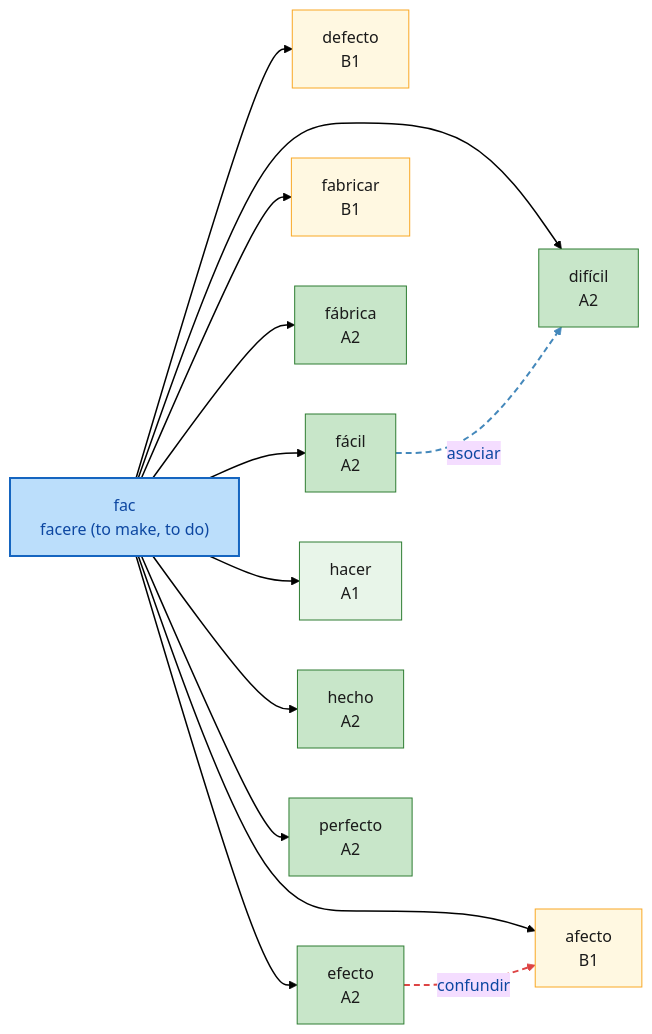
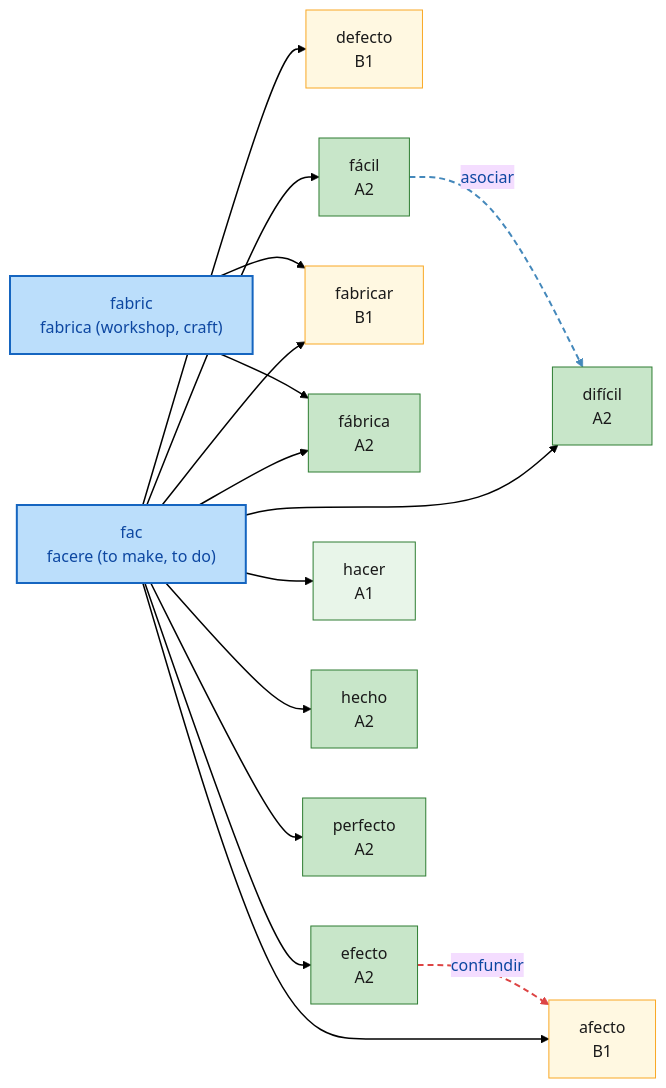
The diagram in mindmaps/raiz_v0_fac.md (auding1900/es-raiz-vocab), drawn with Mermaid (base theme) before and after one commit. The commit also changed other lines of this file and 30 other files, not shown here.

First line of the commit message:
feat(data): 新增 C4 词根导图：struct,fabric,constru,mol,aed,tect,mur,pont

````diff
--- a/mindmaps/raiz_v0_fac.md
+++ b/mindmaps/raiz_v0_fac.md
@@ -13,56 +13,61 @@
 ```mermaid
 graph LR
+  R_fabric["fabric<br/>fabrica (workshop, craft)"]:::root
   R_fac["fac<br/>facere (to make, to do)"]:::root
   W_afecto["afecto<br/>B1"]:::lvlB1
   W_defecto["defecto<br/>B1"]:::lvlB1
   W_dificil["difícil<br/>A2"]:::lvlA2
   W_efecto["efecto<br/>A2"]:::lvlA2
   W_fabricar["fabricar<br/>B1"]:::lvlB1
   W_fabrica["fábrica<br/>A2"]:::lvlA2
   W_facil["fácil<br/>A2"]:::lvlA2
   W_hacer["hacer<br/>A1"]:::lvlA1
   W_hecho["hecho<br/>A2"]:::lvlA2
   W_perfecto["perfecto<br/>A2"]:::lvlA2
   R_fac --> W_hacer
   R_fac --> W_hecho
   R_fac --> W_facil
   R_fac --> W_dificil
   R_fac --> W_fabrica
   R_fac --> W_perfecto
   R_fac --> W_efecto
   R_fac --> W_fabricar
   R_fac --> W_defecto
   R_fac --> W_afecto
+  R_fabric --> W_fabrica
+  R_fabric --> W_fabricar
   W_facil -.->|asociar| W_dificil
   W_efecto -.->|confundir| W_afecto
   linkStyle 0 stroke:#000000,stroke-width:1.5px
   linkStyle 1 stroke:#000000,stroke-width:1.5px
   linkStyle 2 stroke:#000000,stroke-width:1.5px
   linkStyle 3 stroke:#000000,stroke-width:1.5px
   linkStyle 4 stroke:#000000,stroke-width:1.5px
   linkStyle 5 stroke:#000000,stroke-width:1.5px
   linkStyle 6 stroke:#000000,stroke-width:1.5px
   linkStyle 7 stroke:#000000,stroke-width:1.5px
   linkStyle 8 stroke:#000000,stroke-width:1.5px
   linkStyle 9 stroke:#000000,stroke-width:1.5px
-  linkStyle 10 stroke:#4488bb,stroke-width:2px,stroke-dasharray:6 4
-  linkStyle 11 stroke:#dd4444,stroke-width:2px,stroke-dasharray:6 4
+  linkStyle 10 stroke:#000000,stroke-width:1.5px
+  linkStyle 11 stroke:#000000,stroke-width:1.5px
+  linkStyle 12 stroke:#4488bb,stroke-width:2px,stroke-dasharray:6 4
+  linkStyle 13 stroke:#dd4444,stroke-width:2px,stroke-dasharray:6 4
   classDef root fill:#bbdefb,stroke:#1565c0,stroke-width:2px,color:#0d47a1
   classDef lvlA1 fill:#e8f5e9,stroke:#2e7d32,color:#1a1a1a
   classDef lvlA2 fill:#c8e6c9,stroke:#2e7d32,color:#1a1a1a
   classDef lvlB1 fill:#fff8e1,stroke:#f9a825,color:#1a1a1a
   classDef lvlB2 fill:#ffe0b2,stroke:#ef6c00,color:#1a1a1a
   classDef lvlC1 fill:#ffccbc,stroke:#d84315,color:#1a1a1a
   classDef lvlC2 fill:#ffcdd2,stroke:#b71c1c,color:#1a1a1a
   classDef lvlNA fill:#f5f5f5,stroke:#9e9e9e,color:#424242
   click W_afecto "https://www.doubao.com/chat?q=%E8%A5%BF%E7%8F%AD%E7%89%99%E8%AF%ADafecto%EF%BC%8C%E8%AF%8D%E6%A0%B9fac%EF%BC%8C%E8%A7%A3%E9%87%8A%E8%AF%8D%E4%B9%89%E3%80%81DELE%E7%AD%89%E7%BA%A7%E3%80%81%E8%AF%AD%E4%BD%93%E3%80%81%E5%B8%B8%E7%94%A8%E6%90%AD%E9%85%8D%E3%80%81%E8%BF%91%E4%B9%89%E8%AF%8D%E8%BE%A8%E6%9E%90%EF%BC%8C%E5%B9%B6%E4%B8%94%E7%BB%992%E6%9D%A1%E6%9D%A5%E8%87%AA%E5%85%AC%E7%89%88%E8%A5%BF%E8%AF%AD%E6%96%87%E6%9C%AC%EF%BC%88Wikisource%2F%E5%8F%A4%E7%99%BB%E5%A0%A1%EF%BC%89%E7%9A%84%E8%87%AA%E7%84%B6%E4%BE%8B%E5%8F%A5%EF%BC%8C%E4%BE%8B%E5%8F%A5%E4%BC%98%E5%85%88%E9%80%89%E7%94%A8%E7%8E%B0%E4%BB%A3%E6%A0%87%E5%87%86%E8%A5%BF%E7%8F%AD%E7%89%99%E8%AF%AD%EF%BC%8C%E5%8F%A4%E4%BD%93%E4%BE%8B%E5%8F%A5%E6%A0%87%E6%B3%A8%E3%80%90arca%C3%ADsmo%E3%80%91" "豆包查询：afecto" _blank
   click W_defecto "https://www.doubao.com/chat?q=%E8%A5%BF%E7%8F%AD%E7%89%99%E8%AF%ADdefecto%EF%BC%8C%E8%AF%8D%E6%A0%B9fac%EF%BC%8C%E8%A7%A3%E9%87%8A%E8%AF%8D%E4%B9%89%E3%80%81DELE%E7%AD%89%E7%BA%A7%E3%80%81%E8%AF%AD%E4%BD%93%E3%80%81%E5%B8%B8%E7%94%A8%E6%90%AD%E9%85%8D%E3%80%81%E8%BF%91%E4%B9%89%E8%AF%8D%E8%BE%A8%E6%9E%90%EF%BC%8C%E5%B9%B6%E4%B8%94%E7%BB%992%E6%9D%A1%E6%9D%A5%E8%87%AA%E5%85%AC%E7%89%88%E8%A5%BF%E8%AF%AD%E6%96%87%E6%9C%AC%EF%BC%88Wikisource%2F%E5%8F%A4%E7%99%BB%E5%A0%A1%EF%BC%89%E7%9A%84%E8%87%AA%E7%84%B6%E4%BE%8B%E5%8F%A5%EF%BC%8C%E4%BE%8B%E5%8F%A5%E4%BC%98%E5%85%88%E9%80%89%E7%94%A8%E7%8E%B0%E4%BB%A3%E6%A0%87%E5%87%86%E8%A5%BF%E7%8F%AD%E7%89%99%E8%AF%AD%EF%BC%8C%E5%8F%A4%E4%BD%93%E4%BE%8B%E5%8F%A5%E6%A0%87%E6%B3%A8%E3%80%90arca%C3%ADsmo%E3%80%91" "豆包查询：defecto" _blank
   click W_dificil "https://www.doubao.com/chat?q=%E8%A5%BF%E7%8F%AD%E7%89%99%E8%AF%ADdif%C3%ADcil%EF%BC%8C%E8%AF%8D%E6%A0%B9fac%EF%BC%8C%E8%A7%A3%E9%87%8A%E8%AF%8D%E4%B9%89%E3%80%81DELE%E7%AD%89%E7%BA%A7%E3%80%81%E8%AF%AD%E4%BD%93%E3%80%81%E5%B8%B8%E7%94%A8%E6%90%AD%E9%85%8D%E3%80%81%E8%BF%91%E4%B9%89%E8%AF%8D%E8%BE%A8%E6%9E%90%EF%BC%8C%E5%B9%B6%E4%B8%94%E7%BB%992%E6%9D%A1%E6%9D%A5%E8%87%AA%E5%85%AC%E7%89%88%E8%A5%BF%E8%AF%AD%E6%96%87%E6%9C%AC%EF%BC%88Wikisource%2F%E5%8F%A4%E7%99%BB%E5%A0%A1%EF%BC%89%E7%9A%84%E8%87%AA%E7%84%B6%E4%BE%8B%E5%8F%A5%EF%BC%8C%E4%BE%8B%E5%8F%A5%E4%BC%98%E5%85%88%E9%80%89%E7%94%A8%E7%8E%B0%E4%BB%A3%E6%A0%87%E5%87%86%E8%A5%BF%E7%8F%AD%E7%89%99%E8%AF%AD%EF%BC%8C%E5%8F%A4%E4%BD%93%E4%BE%8B%E5%8F%A5%E6%A0%87%E6%B3%A8%E3%80%90arca%C3%ADsmo%E3%80%91" "豆包查询：difícil" _blank
   click W_efecto "https://www.doubao.com/chat?q=%E8%A5%BF%E7%8F%AD%E7%89%99%E8%AF%ADefecto%EF%BC%8C%E8%AF%8D%E6%A0%B9fac%EF%BC%8C%E8%A7%A3%E9%87%8A%E8%AF%8D%E4%B9%89%E3%80%81DELE%E7%AD%89%E7%BA%A7%E3%80%81%E8%AF%AD%E4%BD%93%E3%80%81%E5%B8%B8%E7%94%A8%E6%90%AD%E9%85%8D%E3%80%81%E8%BF%91%E4%B9%89%E8%AF%8D%E8%BE%A8%E6%9E%90%EF%BC%8C%E5%B9%B6%E4%B8%94%E7%BB%992%E6%9D%A1%E6%9D%A5%E8%87%AA%E5%85%AC%E7%89%88%E8%A5%BF%E8%AF%AD%E6%96%87%E6%9C%AC%EF%BC%88Wikisource%2F%E5%8F%A4%E7%99%BB%E5%A0%A1%EF%BC%89%E7%9A%84%E8%87%AA%E7%84%B6%E4%BE%8B%E5%8F%A5%EF%BC%8C%E4%BE%8B%E5%8F%A5%E4%BC%98%E5%85%88%E9%80%89%E7%94%A8%E7%8E%B0%E4%BB%A3%E6%A0%87%E5%87%86%E8%A5%BF%E7%8F%AD%E7%89%99%E8%AF%AD%EF%BC%8C%E5%8F%A4%E4%BD%93%E4%BE%8B%E5%8F%A5%E6%A0%87%E6%B3%A8%E3%80%90arca%C3%ADsmo%E3%80%91" "豆包查询：efecto" _blank
   click W_fabricar "https://www.doubao.com/chat?q=%E8%A5%BF%E7%8F%AD%E7%89%99%E8%AF%ADfabricar%EF%BC%8C%E8%AF%8D%E6%A0%B9fac%EF%BC%8C%E8%A7%A3%E9%87%8A%E8%AF%8D%E4%B9%89%E3%80%81DELE%E7%AD%89%E7%BA%A7%E3%80%81%E8%AF%AD%E4%BD%93%E3%80%81%E5%B8%B8%E7%94%A8%E6%90%AD%E9%85%8D%E3%80%81%E8%BF%91%E4%B9%89%E8%AF%8D%E8%BE%A8%E6%9E%90%EF%BC%8C%E5%B9%B6%E4%B8%94%E7%BB%992%E6%9D%A1%E6%9D%A5%E8%87%AA%E5%85%AC%E7%89%88%E8%A5%BF%E8%AF%AD%E6%96%87%E6%9C%AC%EF%BC%88Wikisource%2F%E5%8F%A4%E7%99%BB%E5%A0%A1%EF%BC%89%E7%9A%84%E8%87%AA%E7%84%B6%E4%BE%8B%E5%8F%A5%EF%BC%8C%E4%BE%8B%E5%8F%A5%E4%BC%98%E5%85%88%E9%80%89%E7%94%A8%E7%8E%B0%E4%BB%A3%E6%A0%87%E5%87%86%E8%A5%BF%E7%8F%AD%E7%89%99%E8%AF%AD%EF%BC%8C%E5%8F%A4%E4%BD%93%E4%BE%8B%E5%8F%A5%E6%A0%87%E6%B3%A8%E3%80%90arca%C3%ADsmo%E3%80%91" "豆包查询：fabricar" _blank
   click W_fabrica "https://www.doubao.com/chat?q=%E8%A5%BF%E7%8F%AD%E7%89%99%E8%AF%ADf%C3%A1brica%EF%BC%8C%E8%AF%8D%E6%A0%B9fac%EF%BC%8C%E8%A7%A3%E9%87%8A%E8%AF%8D%E4%B9%89%E3%80%81DELE%E7%AD%89%E7%BA%A7%E3%80%81%E8%AF%AD%E4%BD%93%E3%80%81%E5%B8%B8%E7%94%A8%E6%90%AD%E9%85%8D%E3%80%81%E8%BF%91%E4%B9%89%E8%AF%8D%E8%BE%A8%E6%9E%90%EF%BC%8C%E5%B9%B6%E4%B8%94%E7%BB%992%E6%9D%A1%E6%9D%A5%E8%87%AA%E5%85%AC%E7%89%88%E8%A5%BF%E8%AF%AD%E6%96%87%E6%9C%AC%EF%BC%88Wikisource%2F%E5%8F%A4%E7%99%BB%E5%A0%A1%EF%BC%89%E7%9A%84%E8%87%AA%E7%84%B6%E4%BE%8B%E5%8F%A5%EF%BC%8C%E4%BE%8B%E5%8F%A5%E4%BC%98%E5%85%88%E9%80%89%E7%94%A8%E7%8E%B0%E4%BB%A3%E6%A0%87%E5%87%86%E8%A5%BF%E7%8F%AD%E7%89%99%E8%AF%AD%EF%BC%8C%E5%8F%A4%E4%BD%93%E4%BE%8B%E5%8F%A5%E6%A0%87%E6%B3%A8%E3%80%90arca%C3%ADsmo%E3%80%91" "豆包查询：fábrica" _blank
   click W_facil "https://www.doubao.com/chat?q=%E8%A5%BF%E7%8F%AD%E7%89%99%E8%AF%ADf%C3%A1cil%EF%BC%8C%E8%AF%8D%E6%A0%B9fac%EF%BC%8C%E8%A7%A3%E9%87%8A%E8%AF%8D%E4%B9%89%E3%80%81DELE%E7%AD%89%E7%BA%A7%E3%80%81%E8%AF%AD%E4%BD%93%E3%80%81%E5%B8%B8%E7%94%A8%E6%90%AD%E9%85%8D%E3%80%81%E8%BF%91%E4%B9%89%E8%AF%8D%E8%BE%A8%E6%9E%90%EF%BC%8C%E5%B9%B6%E4%B8%94%E7%BB%992%E6%9D%A1%E6%9D%A5%E8%87%AA%E5%85%AC%E7%89%88%E8%A5%BF%E8%AF%AD%E6%96%87%E6%9C%AC%EF%BC%88Wikisource%2F%E5%8F%A4%E7%99%BB%E5%A0%A1%EF%BC%89%E7%9A%84%E8%87%AA%E7%84%B6%E4%BE%8B%E5%8F%A5%EF%BC%8C%E4%BE%8B%E5%8F%A5%E4%BC%98%E5%85%88%E9%80%89%E7%94%A8%E7%8E%B0%E4%BB%A3%E6%A0%87%E5%87%86%E8%A5%BF%E7%8F%AD%E7%89%99%E8%AF%AD%EF%BC%8C%E5%8F%A4%E4%BD%93%E4%BE%8B%E5%8F%A5%E6%A0%87%E6%B3%A8%E3%80%90arca%C3%ADsmo%E3%80%91" "豆包查询：fácil" _blank
   click W_hacer "https://www.doubao.com/chat?q=%E8%A5%BF%E7%8F%AD%E7%89%99%E8%AF%ADhacer%EF%BC%8C%E8%AF%8D%E6%A0%B9fac%EF%BC%8C%E8%A7%A3%E9%87%8A%E8%AF%8D%E4%B9%89%E3%80%81DELE%E7%AD%89%E7%BA%A7%E3%80%81%E8%AF%AD%E4%BD%93%E3%80%81%E5%B8%B8%E7%94%A8%E6%90%AD%E9%85%8D%E3%80%81%E8%BF%91%E4%B9%89%E8%AF%8D%E8%BE%A8%E6%9E%90%EF%BC%8C%E5%B9%B6%E4%B8%94%E7%BB%992%E6%9D%A1%E6%9D%A5%E8%87%AA%E5%85%AC%E7%89%88%E8%A5%BF%E8%AF%AD%E6%96%87%E6%9C%AC%EF%BC%88Wikisource%2F%E5%8F%A4%E7%99%BB%E5%A0%A1%EF%BC%89%E7%9A%84%E8%87%AA%E7%84%B6%E4%BE%8B%E5%8F%A5%EF%BC%8C%E4%BE%8B%E5%8F%A5%E4%BC%98%E5%85%88%E9%80%89%E7%94%A8%E7%8E%B0%E4%BB%A3%E6%A0%87%E5%87%86%E8%A5%BF%E7%8F%AD%E7%89%99%E8%AF%AD%EF%BC%8C%E5%8F%A4%E4%BD%93%E4%BE%8B%E5%8F%A5%E6%A0%87%E6%B3%A8%E3%80%90arca%C3%ADsmo%E3%80%91" "豆包查询：hacer" _blank
   click W_hecho "https://www.doubao.com/chat?q=%E8%A5%BF%E7%8F%AD%E7%89%99%E8%AF%ADhecho%EF%BC%8C%E8%AF%8D%E6%A0%B9fac%EF%BC%8C%E8%A7%A3%E9%87%8A%E8%AF%8D%E4%B9%89%E3%80%81DELE%E7%AD%89%E7%BA%A7%E3%80%81%E8%AF%AD%E4%BD%93%E3%80%81%E5%B8%B8%E7%94%A8%E6%90%AD%E9%85%8D%E3%80%81%E8%BF%91%E4%B9%89%E8%AF%8D%E8%BE%A8%E6%9E%90%EF%BC%8C%E5%B9%B6%E4%B8%94%E7%BB%992%E6%9D%A1%E6%9D%A5%E8%87%AA%E5%85%AC%E7%89%88%E8%A5%BF%E8%AF%AD%E6%96%87%E6%9C%AC%EF%BC%88Wikisource%2F%E5%8F%A4%E7%99%BB%E5%A0%A1%EF%BC%89%E7%9A%84%E8%87%AA%E7%84%B6%E4%BE%8B%E5%8F%A5%EF%BC%8C%E4%BE%8B%E5%8F%A5%E4%BC%98%E5%85%88%E9%80%89%E7%94%A8%E7%8E%B0%E4%BB%A3%E6%A0%87%E5%87%86%E8%A5%BF%E7%8F%AD%E7%89%99%E8%AF%AD%EF%BC%8C%E5%8F%A4%E4%BD%93%E4%BE%8B%E5%8F%A5%E6%A0%87%E6%B3%A8%E3%80%90arca%C3%ADsmo%E3%80%91" "豆包查询：hecho" _blank
   click W_perfecto "https://www.doubao.com/chat?q=%E8%A5%BF%E7%8F%AD%E7%89%99%E8%AF%ADperfecto%EF%BC%8C%E8%AF%8D%E6%A0%B9fac%EF%BC%8C%E8%A7%A3%E9%87%8A%E8%AF%8D%E4%B9%89%E3%80%81DELE%E7%AD%89%E7%BA%A7%E3%80%81%E8%AF%AD%E4%BD%93%E3%80%81%E5%B8%B8%E7%94%A8%E6%90%AD%E9%85%8D%E3%80%81%E8%BF%91%E4%B9%89%E8%AF%8D%E8%BE%A8%E6%9E%90%EF%BC%8C%E5%B9%B6%E4%B8%94%E7%BB%992%E6%9D%A1%E6%9D%A5%E8%87%AA%E5%85%AC%E7%89%88%E8%A5%BF%E8%AF%AD%E6%96%87%E6%9C%AC%EF%BC%88Wikisource%2F%E5%8F%A4%E7%99%BB%E5%A0%A1%EF%BC%89%E7%9A%84%E8%87%AA%E7%84%B6%E4%BE%8B%E5%8F%A5%EF%BC%8C%E4%BE%8B%E5%8F%A5%E4%BC%98%E5%85%88%E9%80%89%E7%94%A8%E7%8E%B0%E4%BB%A3%E6%A0%87%E5%87%86%E8%A5%BF%E7%8F%AD%E7%89%99%E8%AF%AD%EF%BC%8C%E5%8F%A4%E4%BD%93%E4%BE%8B%E5%8F%A5%E6%A0%87%E6%B3%A8%E3%80%90arca%C3%ADsmo%E3%80%91" "豆包查询：perfecto" _blank
 ```
````
